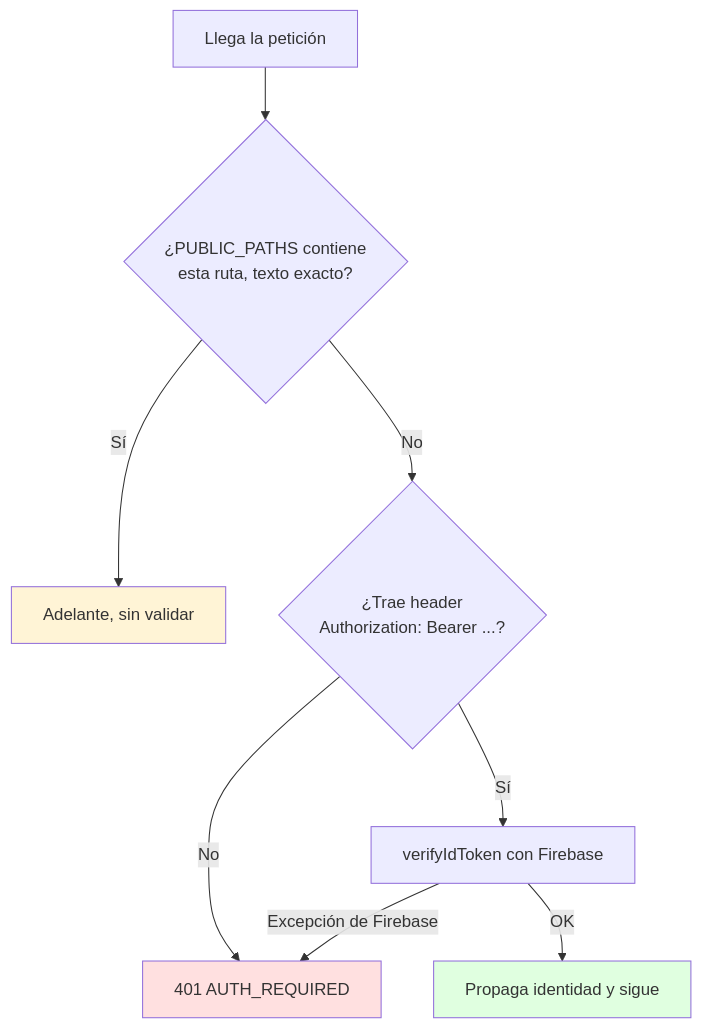
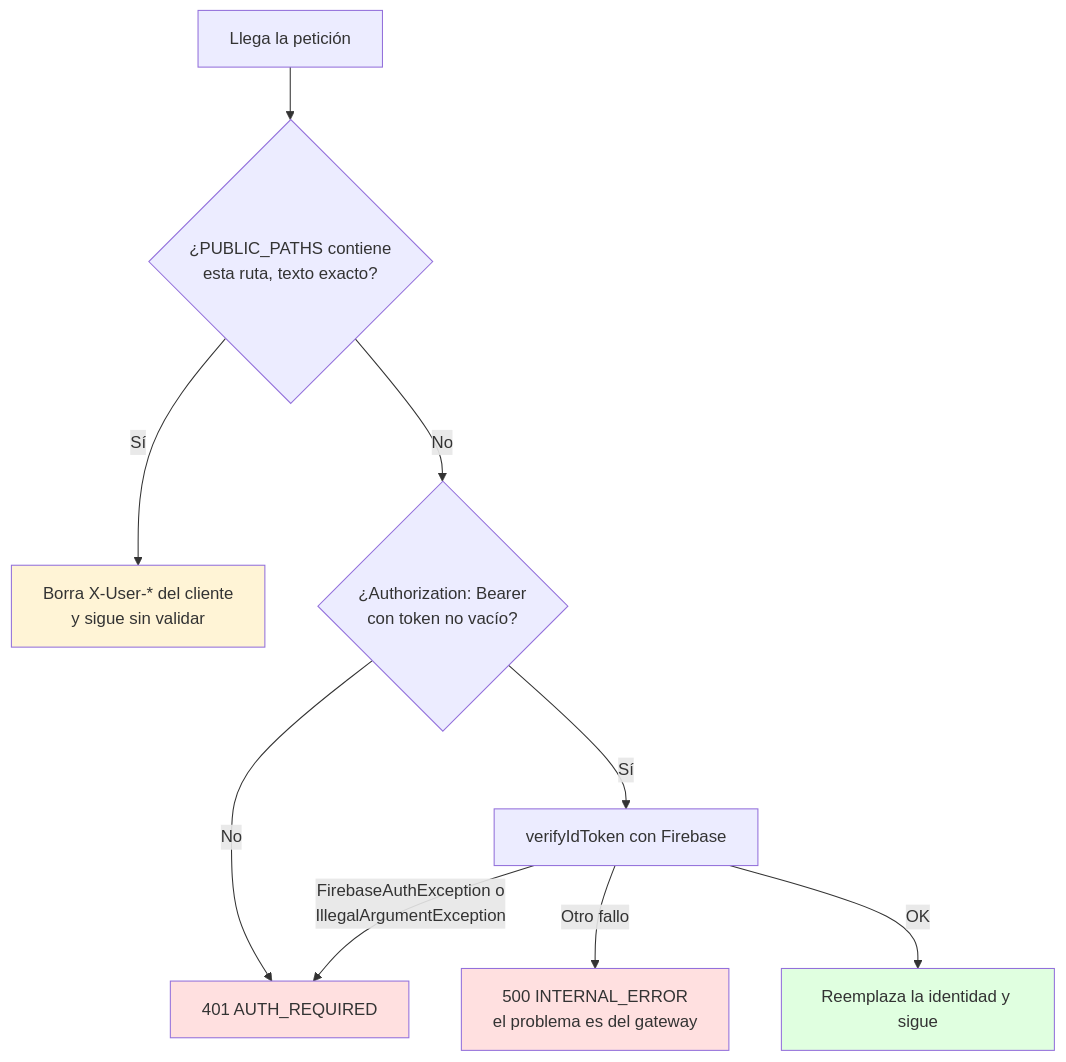
One commit to Forkthec/cameia-gateway changed the fifth of 5 diagrams in docs/COMO-FUNCIONA.md. Above: the diagram before and after it, drawn with Mermaid. The commit also changed other lines of this file and 17 other files, not shown here.

````diff
--- a/docs/COMO-FUNCIONA.md
+++ b/docs/COMO-FUNCIONA.md
@@ -288,14 +334,16 @@
 ```mermaid
 flowchart TD
     A["Llega la petición"] --> B{"¿PUBLIC_PATHS contiene<br/>esta ruta, texto exacto?"}
-    B -->|Sí| C["Adelante, sin validar"]
-    B -->|No| D{"¿Trae header<br/>Authorization: Bearer ...?"}
+    B -->|Sí| C["Borra X-User-* del cliente<br/>y sigue sin validar"]
+    B -->|No| D{"¿Authorization: Bearer<br/>con token no vacío?"}
     D -->|No| E["401 AUTH_REQUIRED"]
     D -->|Sí| F["verifyIdToken con Firebase"]
-    F -->|Excepción de Firebase| E
-    F -->|OK| G["Propaga identidad y sigue"]
+    F -->|FirebaseAuthException o<br/>IllegalArgumentException| E
+    F -->|Otro fallo| X["500 INTERNAL_ERROR<br/>el problema es del gateway"]
+    F -->|OK| G["Reemplaza la identidad y sigue"]
 
     style C fill:#fff4d6
     style E fill:#ffe0e0
+    style X fill:#ffe0e0
     style G fill:#e0ffe0
 ```
````
